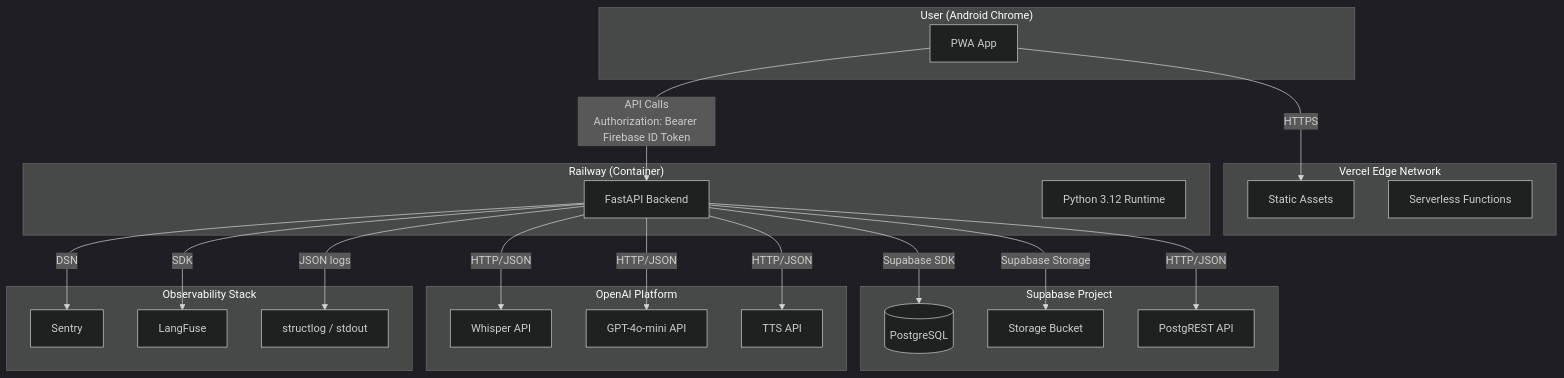
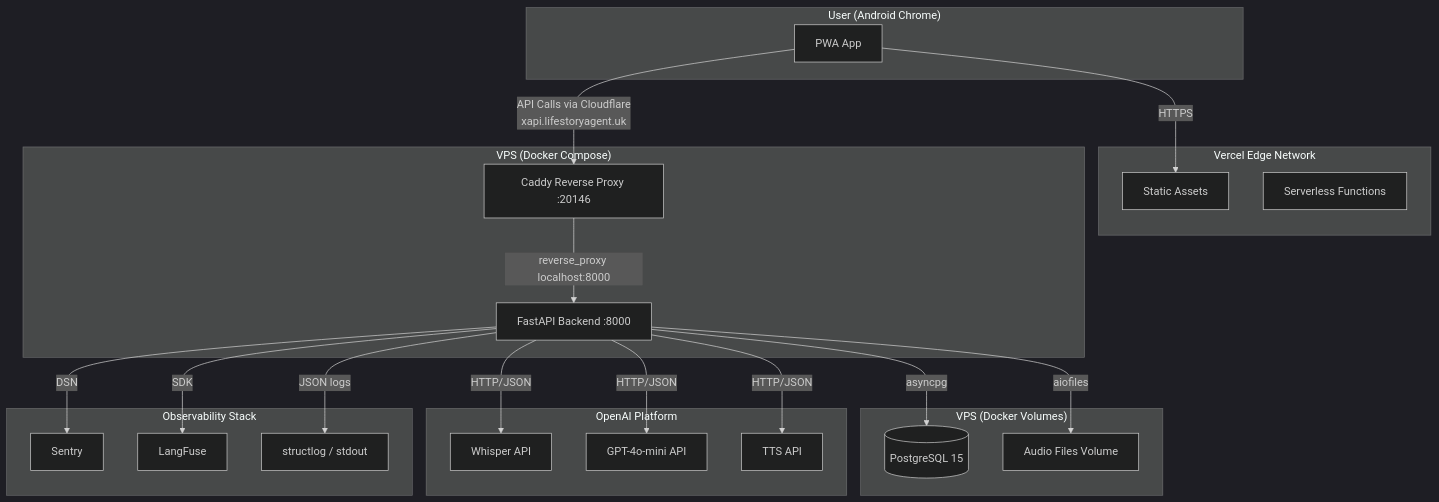
Before and after one commit to wszymilo/life-story-agent: the seventh of 9 diagrams in docs/system-design.md, drawn with Mermaid (dark theme). The commit also changed other lines of this file and 25 other files, not shown here.

````diff
--- a/docs/system-design.md
+++ b/docs/system-design.md
@@ -479,46 +480,45 @@
 ```mermaid
 graph TB
     subgraph User["User (Android Chrome)"]
         A[PWA App]
     end
 
     subgraph Vercel["Vercel Edge Network"]
         B[Static Assets]
         C[Serverless Functions]
     end
 
-    subgraph Railway["Railway (Container)"]
-        D[FastAPI Backend]
-        E[Python 3.12 Runtime]
+    subgraph VPS["VPS (Docker Compose)"]
+        D[Caddy Reverse Proxy :20146]
+        E[FastAPI Backend :8000]
     end
 
-    subgraph Supabase["Supabase Project"]
-        F[(PostgreSQL)]
-        G[Storage Bucket]
-        H[PostgREST API]
+    subgraph VPS_Data["VPS (Docker Volumes)"]
+        F[(PostgreSQL 15)]
+        G[Audio Files Volume]
     end
 
     subgraph OpenAI["OpenAI Platform"]
         J[Whisper API]
         K[GPT-4o-mini API]
         L[TTS API]
     end
 
     subgraph Observability["Observability Stack"]
         M[Sentry]
         N[LangFuse]
         O[structlog / stdout]
     end
 
     A -->|HTTPS| B
-    A -->|API Calls<br/>Authorization: Bearer Firebase ID Token| D
-    D -->|Supabase SDK| F
-    D -->|Supabase Storage| G
-    D -->|HTTP/JSON| H
-    D -->|HTTP/JSON| J
-    D -->|HTTP/JSON| K
-    D -->|HTTP/JSON| L
-    D -->|DSN| M
-    D -->|SDK| N
-    D -->|JSON logs| O
+    A -->|API Calls via Cloudflare<br/>xapi.lifestoryagent.uk| D
+    D -->|reverse_proxy localhost:8000| E
+    E -->|asyncpg| F
+    E -->|aiofiles| G
+    E -->|HTTP/JSON| J
+    E -->|HTTP/JSON| K
+    E -->|HTTP/JSON| L
+    E -->|DSN| M
+    E -->|SDK| N
+    E -->|JSON logs| O
 ```
````
